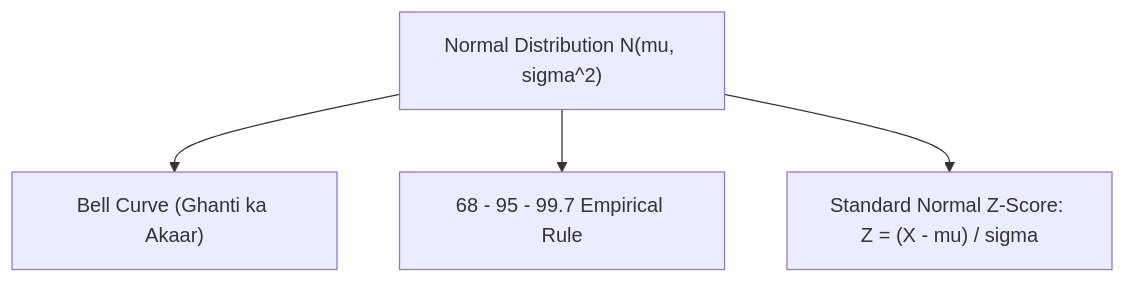
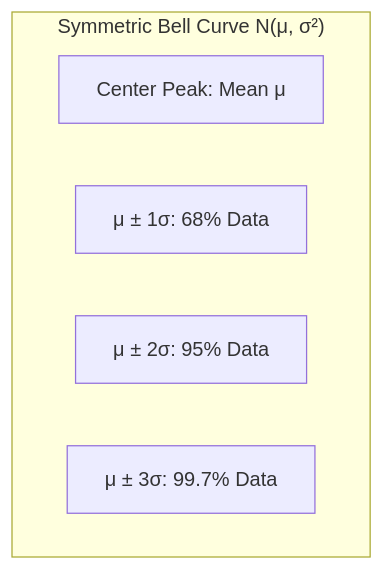
Before and after one commit to S1h2i3v4a/AI_ML: the diagram in lecture_20/Notes_20.20/README_HINGLISH.md, drawn with Mermaid. The commit also changed other lines of this file and 203 other files, not shown here.

Commit message:
docs(lectures 19-21): align notes with video lectures, add blackboard diagrams, clean structured functions, and compile vector PDFs

````diff
--- a/lecture_20/Notes_20.20/README_HINGLISH.md
+++ b/lecture_20/Notes_20.20/README_HINGLISH.md
@@ -14,6 +39,9 @@
 ```mermaid
 flowchart TD
-    A["Normal Distribution N(mu, sigma^2)"] --> B["Bell Curve (Ghanti ka Akaar)"]
-    A --> C["68 - 95 - 99.7 Empirical Rule"]
-    A --> D["Standard Normal Z-Score: Z = (X - mu) / sigma"]
+    subgraph BellCurve["Symmetric Bell Curve N(μ, σ²)"]
+        M["Center Peak: Mean μ"]
+        S1["μ ± 1σ: 68% Data"]
+        S2["μ ± 2σ: 95% Data"]
+        S3["μ ± 3σ: 99.7% Data"]
+    end
 ```
````
